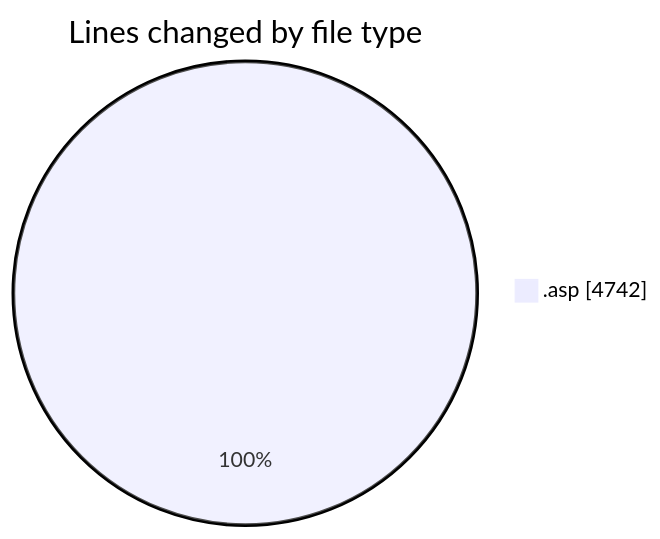
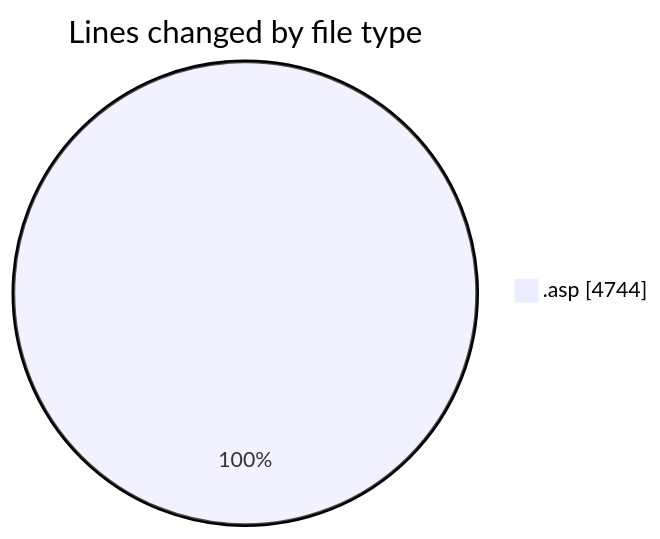
One commit to julien-gomy/code-tracking changed the first of 2 diagrams in 2025-11-15/cdp_aleoudev_fr__workspace_/README.md. Above: the diagram before and after it, drawn with Mermaid. The commit also changed other lines of this file and 1 other file, not shown here.

````diff
--- a/2025-11-15/cdp_aleoudev_fr__workspace_/README.md
+++ b/2025-11-15/cdp_aleoudev_fr__workspace_/README.md
@@ -27,5 +27,5 @@
 ```mermaid
 pie showData
 title Lines changed by file type
-".asp" : 4742
+".asp" : 4744
 ```
````
